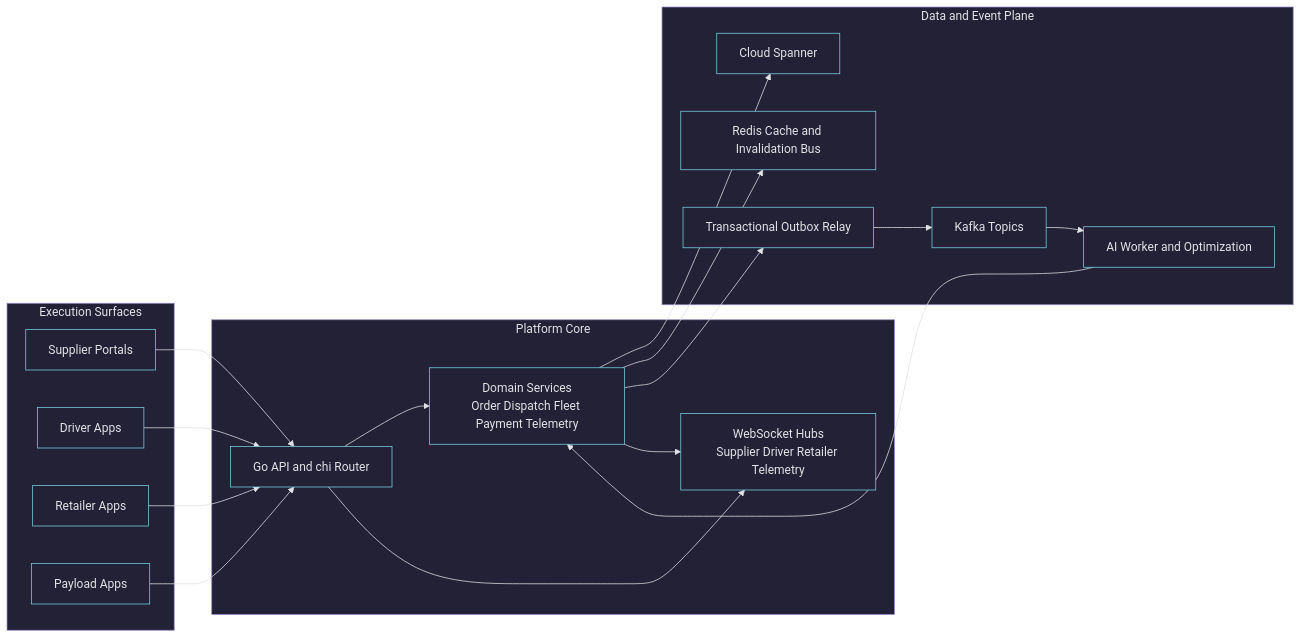
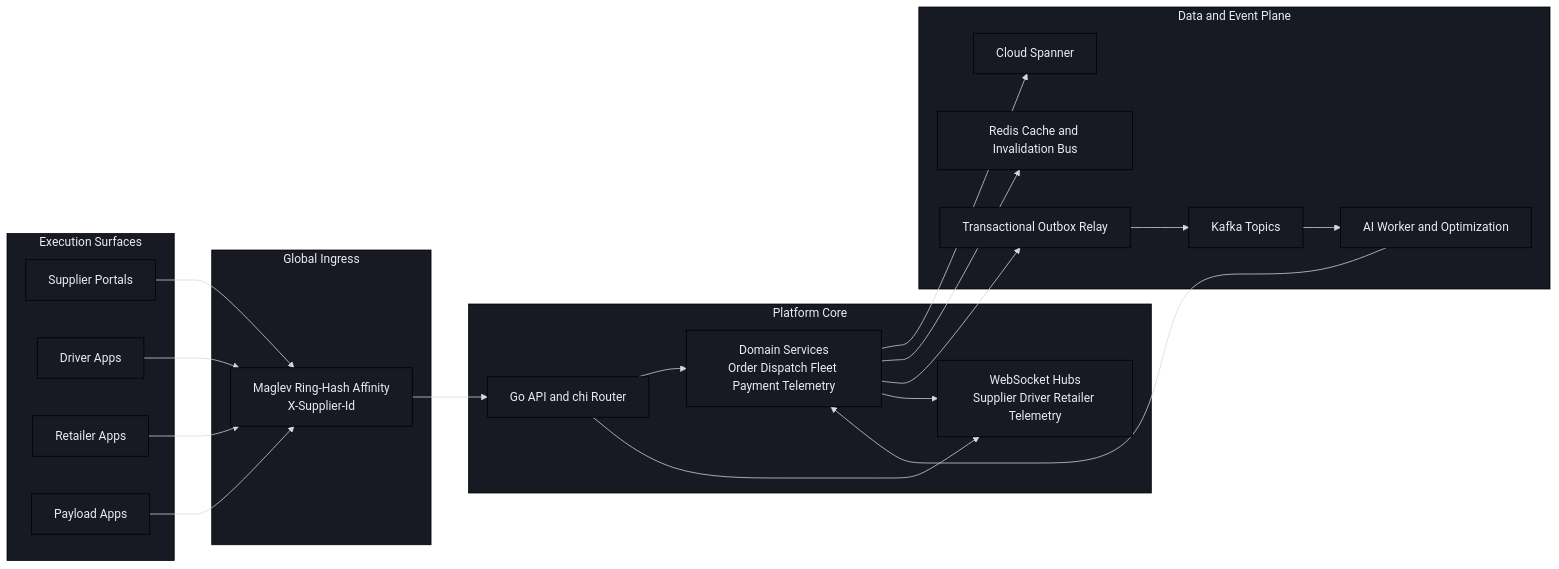
The first of 4 diagrams in README.md (CYBERSTALKER07/ATOMOS), drawn with Mermaid before and after one commit. The commit also changed other lines of this file and 13 other files, not shown here.

````diff
--- a/README.md
+++ b/README.md
@@ -77,39 +76,44 @@
 ```mermaid
-%%{init: {"theme":"base","themeVariables":{"darkMode":true,"background":"#191622","primaryColor":"#232136","primaryTextColor":"#E1E1E6","primaryBorderColor":"#78D1E1","secondaryColor":"#2A2338","secondaryTextColor":"#E1E1E6","secondaryBorderColor":"#988BC7","tertiaryColor":"#1F3026","tertiaryTextColor":"#E1E1E6","tertiaryBorderColor":"#67E480","lineColor":"#E1E1E6","textColor":"#E1E1E6","mainBkg":"#232136","nodeBorder":"#78D1E1","clusterBkg":"#232136","clusterBorder":"#988BC7","titleColor":"#E1E1E6","edgeLabelBackground":"#232136","actorBkg":"#232136","actorBorder":"#78D1E1","actorTextColor":"#E1E1E6","actorLineColor":"#E1E1E6","signalColor":"#E1E1E6","signalTextColor":"#E1E1E6","labelBoxBkgColor":"#232136","labelBoxBorderColor":"#988BC7","labelTextColor":"#E1E1E6","loopTextColor":"#E1E1E6","activationBkgColor":"#2A2338","activationBorderColor":"#988BC7","sequenceNumberColor":"#191622","stateBkg":"#232136","stateBorder":"#67E480","stateTextColor":"#E1E1E6","noteBkgColor":"#232136","noteTextColor":"#E1E1E6","noteBorderColor":"#988BC7"},"themeCSS":".edgeLabel text,.label text,.stateLabel text,.messageText,.nodeLabel{fill:#E1E1E6 !important;color:#E1E1E6 !important;} .edgeLabel rect{fill:#232136 !important;opacity:1 !important;}"}}%%
+%%{init: {"theme":"base","themeVariables":{"darkMode":true,"background":"#000000","primaryColor":"#171923","primaryTextColor":"#E8ECF6","primaryBorderColor":"#000000","secondaryColor":"#1F2430","secondaryTextColor":"#E8ECF6","secondaryBorderColor":"#000000","tertiaryColor":"#222A35","tertiaryTextColor":"#E8ECF6","tertiaryBorderColor":"#000000","lineColor":"#D1D8E5","textColor":"#E8ECF6","mainBkg":"#171923","nodeBorder":"#000000","clusterBkg":"#171923","clusterBorder":"#000000","titleColor":"#E8ECF6","edgeLabelBackground":"#171923","actorBkg":"#171923","actorBorder":"#000000","actorTextColor":"#E8ECF6","actorLineColor":"#D1D8E5","signalColor":"#D1D8E5","signalTextColor":"#E8ECF6","labelBoxBkgColor":"#171923","labelBoxBorderColor":"#000000","labelTextColor":"#E8ECF6","loopTextColor":"#E8ECF6","activationBkgColor":"#242B38","activationBorderColor":"#000000","sequenceNumberColor":"#000000","stateBkg":"#171923","stateBorder":"#000000","stateTextColor":"#E8ECF6","noteBkgColor":"#171923","noteTextColor":"#E8ECF6","noteBorderColor":"#000000"},"themeCSS":".edgeLabel text,.label text,.stateLabel text,.messageText,.nodeLabel{fill:#E8ECF6 !important;color:#E8ECF6 !important;} rect,.actor,.note,.labelBox,.edgeLabel rect{stroke:none !important;rx:40px !important;ry:40px !important;} .edgeLabel rect{fill:rgba(255,255,255,0.12) !important;opacity:1 !important;} .messageLine0,.messageLine1,.loopLine{stroke:#D1D8E5 !important;} .stateGroup circle,.stateGroup rect,.statediagram-state rect{stroke:none !important;}"}}%%
 flowchart LR
    subgraph Clients[Execution Surfaces]
       SP[Supplier Portals]
       DP[Driver Apps]
       RP[Retailer Apps]
       PP[Payload Apps]
+   end
+
+   subgraph Ingress[Global Ingress]
+      MAG[Maglev Ring-Hash Affinity\nX-Supplier-Id]
    end
 
    subgraph Core[Platform Core]
       API[Go API and chi Router]
       DOM[Domain Services\nOrder Dispatch Fleet Payment Telemetry]
       HUB[WebSocket Hubs\nSupplier Driver Retailer Telemetry]
    end
 
    subgraph Plane[Data and Event Plane]
       SPN[Cloud Spanner]
       RED[Redis Cache and Invalidation Bus]
       KAF[Kafka Topics]
       OBX[Transactional Outbox Relay]
       AI[AI Worker and Optimization]
    end
 
-   SP --> API
-   DP --> API
-   RP --> API
-   PP --> API
+   SP --> MAG
+   DP --> MAG
+   RP --> MAG
+   PP --> MAG
+   MAG --> API
 
    API --> DOM
    API --> HUB
    DOM --> SPN
    DOM --> RED
    DOM --> OBX
    OBX --> KAF
    KAF --> AI
    AI --> DOM
    DOM --> HUB
 ```
````
